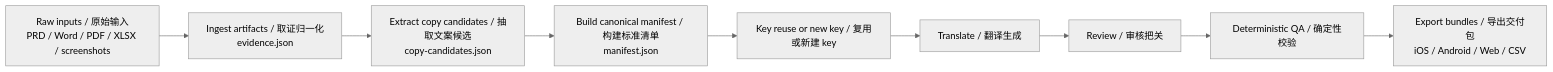
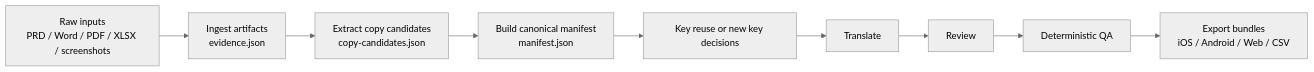
The first of 2 diagrams in README.md (jerry3413/prd-to-i18n-skill), drawn with Mermaid (neutral theme) before and after one commit. The commit also changed other lines of this file, not shown here.

````diff
--- a/README.md
+++ b/README.md
@@ -23,11 +16,11 @@
 ```mermaid
 flowchart LR
-    A["Raw inputs / 原始输入<br/>PRD / Word / PDF / XLSX / screenshots"] --> B["Ingest artifacts / 取证归一化<br/>evidence.json"]
-    B --> C["Extract copy candidates / 抽取文案候选<br/>copy-candidates.json"]
-    C --> D["Build canonical manifest / 构建标准清单<br/>manifest.json"]
-    D --> E["Key reuse or new key / 复用或新建 key"]
-    E --> F["Translate / 翻译生成"]
-    F --> G["Review / 审核把关"]
-    G --> H["Deterministic QA / 确定性校验"]
-    H --> I["Export bundles / 导出交付包<br/>iOS / Android / Web / CSV"]
+    A["Raw inputs<br/>PRD / Word / PDF / XLSX / screenshots"] --> B["Ingest artifacts<br/>evidence.json"]
+    B --> C["Extract copy candidates<br/>copy-candidates.json"]
+    C --> D["Build canonical manifest<br/>manifest.json"]
+    D --> E["Key reuse or new key decisions"]
+    E --> F["Translate"]
+    F --> G["Review"]
+    G --> H["Deterministic QA"]
+    H --> I["Export bundles<br/>iOS / Android / Web / CSV"]
 ```
````
